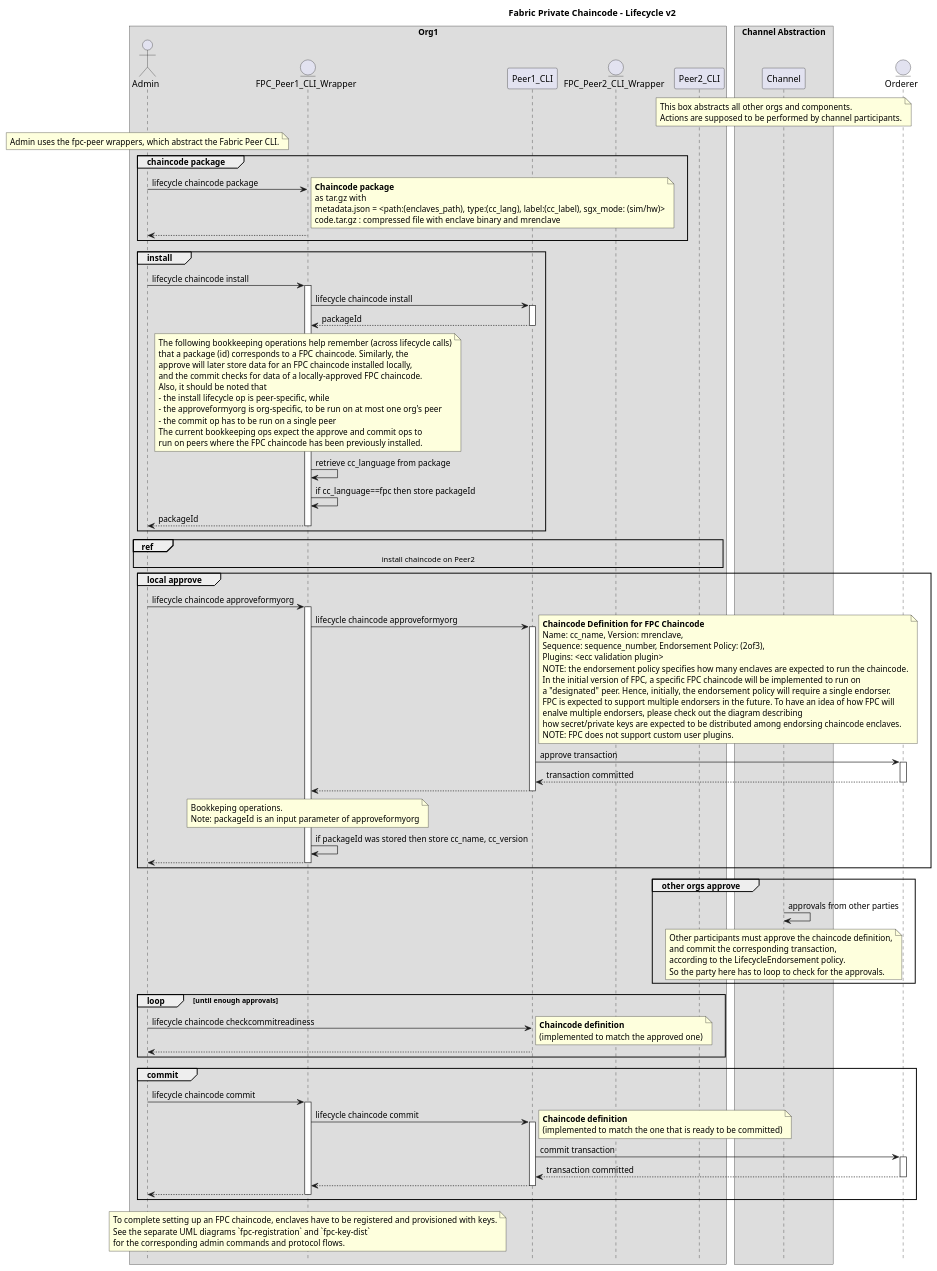
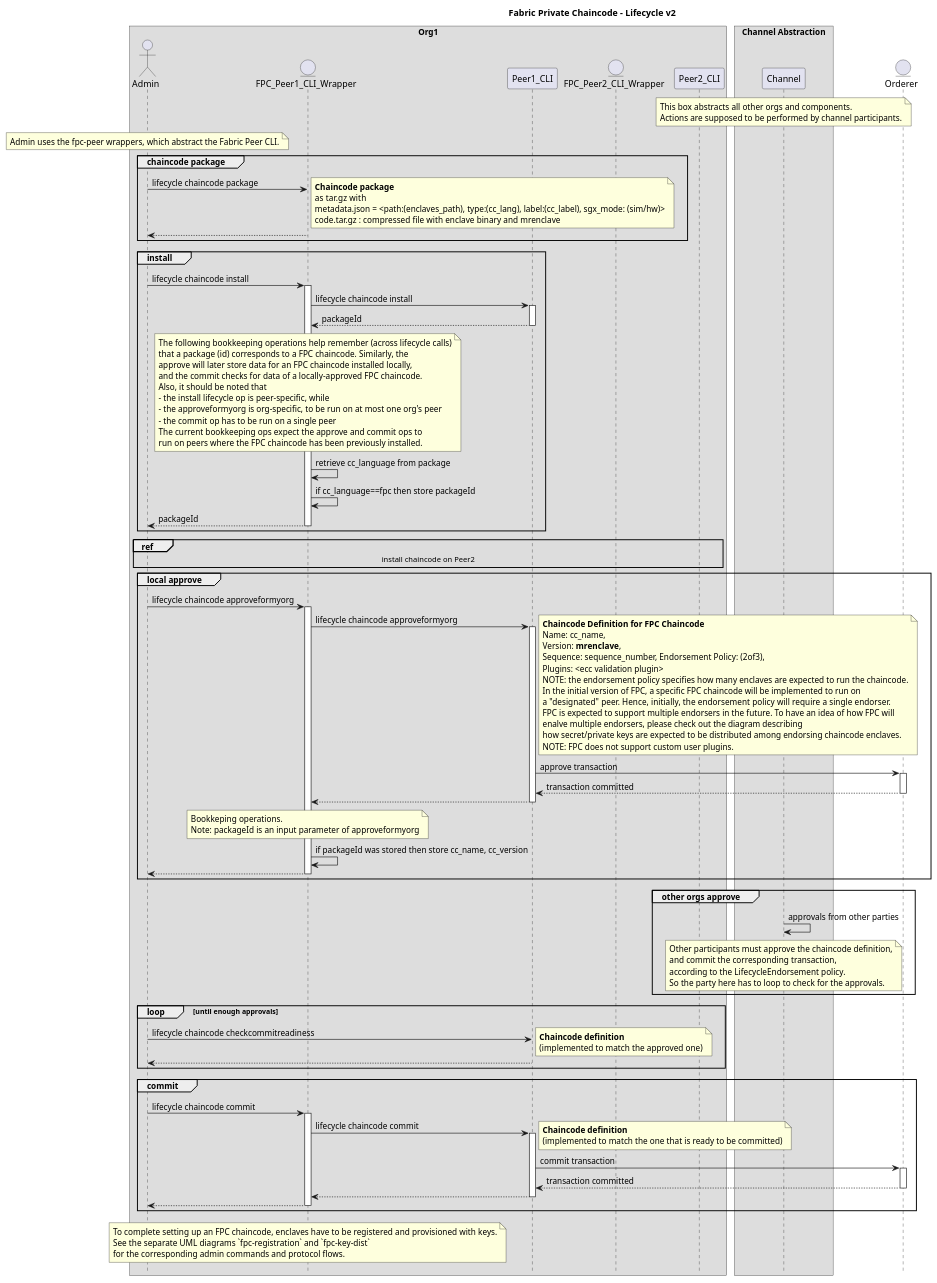
One commit to hyperledger/fabric-private-chaincode changed the diagram in docs/design/fabric-v2+/fpc-lifecycle-v2.puml. Above: the diagram before and after it, drawn with PlantUML.

```diff
--- a/docs/design/fabric-v2+/fpc-lifecycle-v2.puml
+++ b/docs/design/fabric-v2+/fpc-lifecycle-v2.puml
@@ -8,132 +8,133 @@
 @startuml
 
 !pragma teoz true
 
 hide footbox
 title Foot Box removed
 
 title Fabric Private Chaincode - Lifecycle v2
 
 box "Org1"
 actor	Admin order 10
 entity "FPC_Peer1_CLI_Wrapper" as FPC_Peer1_CLI_Wrapper order 15
 participant Peer1_CLI order 20
 entity "FPC_Peer2_CLI_Wrapper" as FPC_Peer2_CLI_Wrapper order 30
 participant Peer2_CLI order 40
 end box
 
 box "Channel Abstraction"
 participant Channel order 70
 note over Channel
     This box abstracts all other orgs and components.
     Actions are supposed to be performed by channel participants.
 end note
 end box
 
 entity Orderer order 80
 
 note over Admin
     Admin uses the fpc-peer wrappers, which abstract the Fabric Peer CLI.
 end note
 
 group chaincode package
 Admin -> FPC_Peer1_CLI_Wrapper : lifecycle chaincode package
 note right
     **Chaincode package**
     as tar.gz with
     metadata.json = <path:(enclaves_path), type:(cc_lang), label:(cc_label), sgx_mode: (sim/hw)>
     code.tar.gz : compressed file with enclave binary and mrenclave
 end note
 return
 end /' group chaincode package '/
 
 group install
 Admin -> FPC_Peer1_CLI_Wrapper ++: lifecycle chaincode install
 FPC_Peer1_CLI_Wrapper -> Peer1_CLI ++: lifecycle chaincode install
 return packageId
 note over FPC_Peer1_CLI_Wrapper
     The following bookkeeping operations help remember (across lifecycle calls)
     that a package (id) corresponds to a FPC chaincode. Similarly, the
     approve will later store data for an FPC chaincode installed locally,
     and the commit checks for data of a locally-approved FPC chaincode.
     Also, it should be noted that
     - the install lifecycle op is peer-specific, while
     - the approveformyorg is org-specific, to be run on at most one org's peer
     - the commit op has to be run on a single peer
     The current bookkeeping ops expect the approve and commit ops to
     run on peers where the FPC chaincode has been previously installed.
 end note
 FPC_Peer1_CLI_Wrapper -> FPC_Peer1_CLI_Wrapper : retrieve cc_language from package
 FPC_Peer1_CLI_Wrapper -> FPC_Peer1_CLI_Wrapper : if cc_language==fpc then store packageId
 return packageId /' Admin -> FPC_Peer1_CLI_Wrapper '/
 end /' group install '/
 
 ref over Admin, FPC_Peer2_CLI_Wrapper, Peer2_CLI
     install chaincode on Peer2
 end /' ref '/
 
 group local approve
 Admin -> FPC_Peer1_CLI_Wrapper ++: lifecycle chaincode approveformyorg
 FPC_Peer1_CLI_Wrapper -> Peer1_CLI ++: lifecycle chaincode approveformyorg
 note right
     **Chaincode Definition for FPC Chaincode**
-    Name: cc_name, Version: mrenclave,
+    Name: cc_name,
+    Version: **mrenclave**,
     Sequence: sequence_number, Endorsement Policy: (2of3),
     Plugins: <ecc validation plugin>
     NOTE: the endorsement policy specifies how many enclaves are expected to run the chaincode.
     In the initial version of FPC, a specific FPC chaincode will be implemented to run on
     a "designated" peer. Hence, initially, the endorsement policy will require a single endorser.
     FPC is expected to support multiple endorsers in the future. To have an idea of how FPC will
     enalve multiple endorsers, please check out the diagram describing
     how secret/private keys are expected to be distributed among endorsing chaincode enclaves.
     NOTE: FPC does not support custom user plugins.
 end note
 Peer1_CLI -> Orderer ++: approve transaction
 return transaction committed /' Peer1_CLI -> Orderer '/
 return /' FPC_Peer1_CLI_Wrapper -> Peer1_CLI '/
 note over FPC_Peer1_CLI_Wrapper
     Bookkeping operations.
     Note: packageId is an input parameter of approveformyorg
 end note
 FPC_Peer1_CLI_Wrapper -> FPC_Peer1_CLI_Wrapper : if packageId was stored then store cc_name, cc_version
 return /' Admin -> FPC_Peer1_CLI_Wrapper '/
 end /' group approve '/
 
 group other orgs approve
 Channel -> Channel : approvals from other parties
 note over Channel
     Other participants must approve the chaincode definition,
     and commit the corresponding transaction,
     according to the LifecycleEndorsement policy.
     So the party here has to loop to check for the approvals.
 end note
 end group 'other orgs approve'
 
 
 loop until enough approvals
 	Admin -> Peer1_CLI : lifecycle chaincode checkcommitreadiness
 note right
     **Chaincode definition**
     (implemented to match the approved one)
 end note
     return
 end
 
 group commit
 Admin -> FPC_Peer1_CLI_Wrapper ++:lifecycle chaincode commit
 FPC_Peer1_CLI_Wrapper -> Peer1_CLI ++: lifecycle chaincode commit
 note right
     **Chaincode definition**
     (implemented to match the one that is ready to be committed)
 end note
 Peer1_CLI -> Orderer ++: commit transaction
 return transaction committed /' Peer1_CLI -> Orderer '/
 return /' FPC_Peer1_CLI_Wrapper -> Peer1_CLI '/
 return /' Admin -> FPC_Peer1_CLI_Wrapper '/
 end /' group commit '/
 note over FPC_Peer1_CLI_Wrapper
     To complete setting up an FPC chaincode, enclaves have to be registered and provisioned with keys.
     See the separate UML diagrams `fpc-registration` and `fpc-key-dist`
     for the corresponding admin commands and protocol flows.
 end note
 @enduml
```
